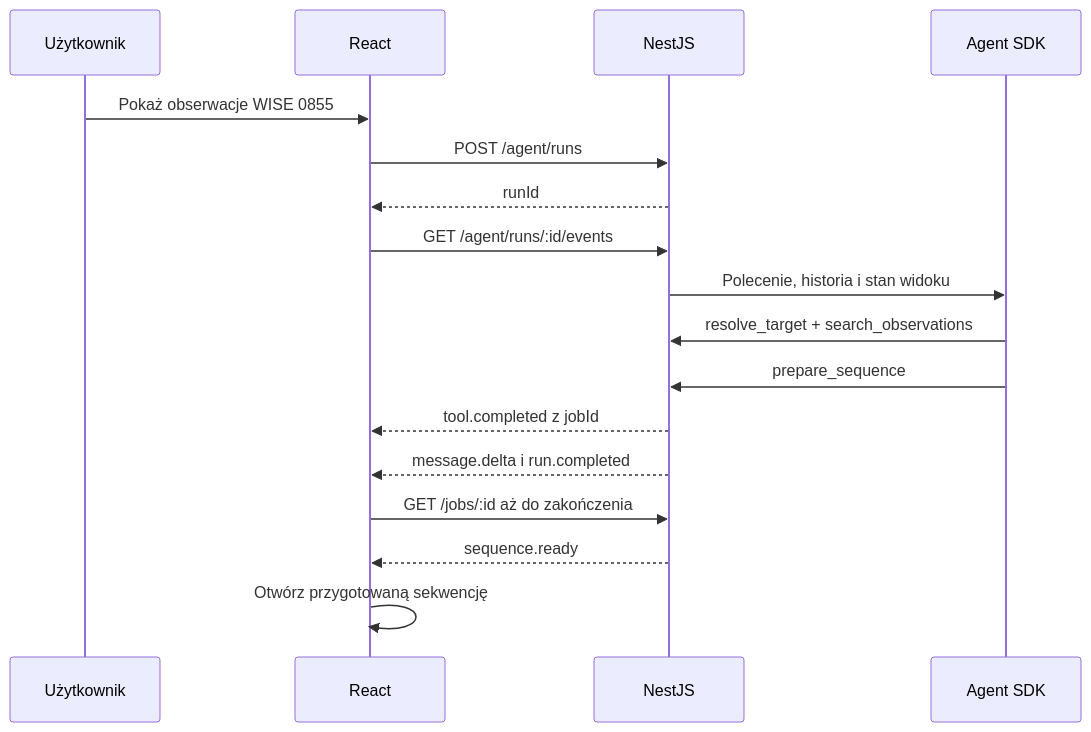
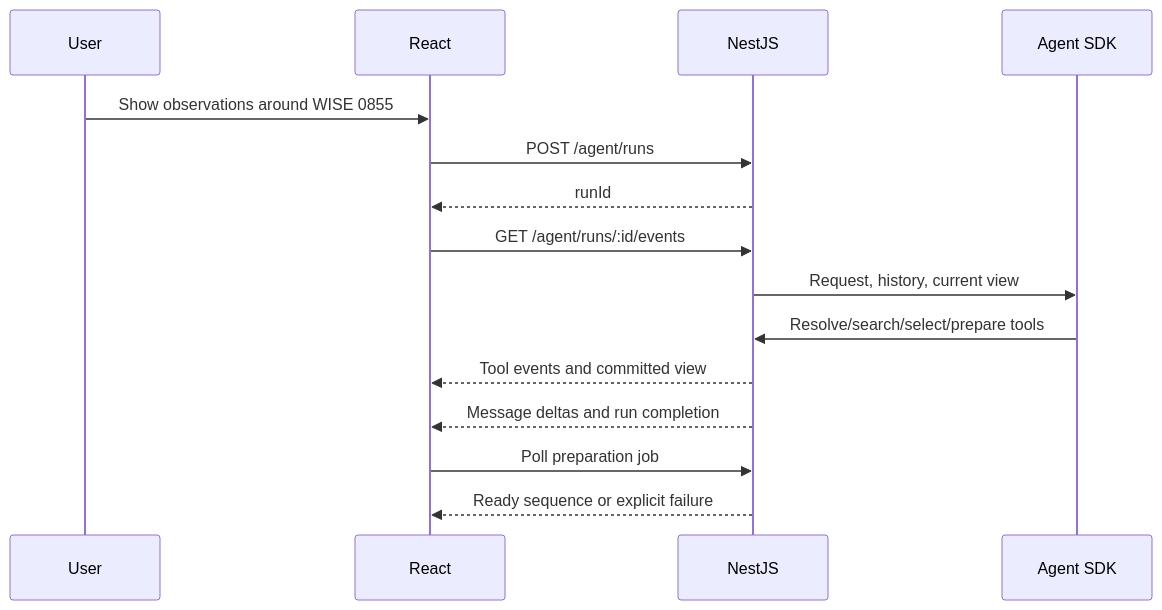
Before and after one commit to Snikerso/spherex-explorer: the diagram in docs/03-agent.md, drawn with Mermaid. The commit also changed other lines of this file and 17 other files, not shown here.

````diff
--- a/docs/03-agent.md
+++ b/docs/03-agent.md
@@ -29,19 +26,17 @@
 ```mermaid
 sequenceDiagram
-  participant U as Użytkownik
+  participant U as User
   participant R as React
   participant N as NestJS
   participant A as Agent SDK
-  U->>R: Pokaż obserwacje WISE 0855
+  U->>R: Show observations around WISE 0855
   R->>N: POST /agent/runs
   N-->>R: runId
   R->>N: GET /agent/runs/:id/events
-  N->>A: Polecenie, historia i stan widoku
-  A->>N: resolve_target + search_observations
-  A->>N: prepare_sequence
-  N-->>R: tool.completed z jobId
-  N-->>R: message.delta i run.completed
-  R->>N: GET /jobs/:id aż do zakończenia
-  N-->>R: sequence.ready
-  R->>R: Otwórz przygotowaną sekwencję
+  N->>A: Request, history, current view
+  A->>N: Resolve/search/select/prepare tools
+  N-->>R: Tool events and committed view
+  N-->>R: Message deltas and run completion
+  R->>N: Poll preparation job
+  N-->>R: Ready sequence or explicit failure
 ```
````
